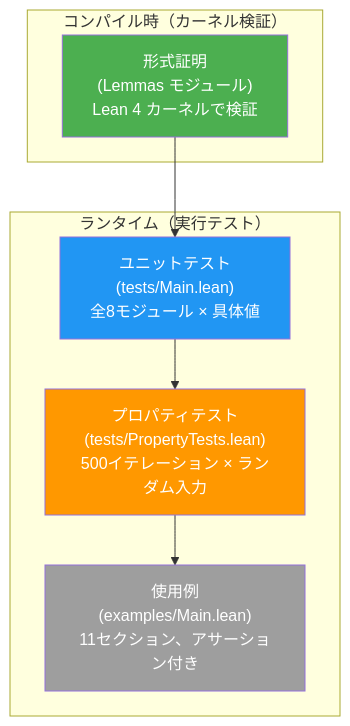
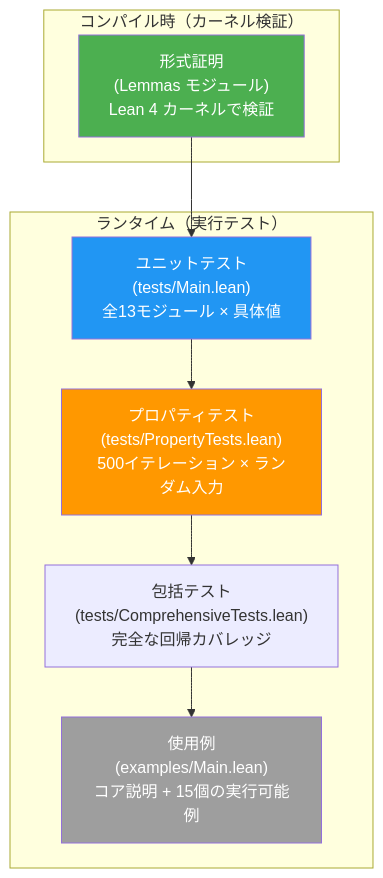
The diagram in docs/ja/development/testing.md (Provenance-Works/Radix), drawn with Mermaid before and after one commit. The commit also changed other lines of this file and 16 other files, not shown here.

````diff
--- a/docs/ja/development/testing.md
+++ b/docs/ja/development/testing.md
@@ -16,18 +17,20 @@
 ```mermaid
 graph TD
     subgraph "コンパイル時（カーネル検証）"
         Proofs["形式証明<br/>(Lemmas モジュール)<br/>Lean 4 カーネルで検証"]
     end
     subgraph "ランタイム（実行テスト）"
-        Unit["ユニットテスト<br/>(tests/Main.lean)<br/>全8モジュール × 具体値"]
+        Unit["ユニットテスト<br/>(tests/Main.lean)<br/>全13モジュール × 具体値"]
         Prop["プロパティテスト<br/>(tests/PropertyTests.lean)<br/>500イテレーション × ランダム入力"]
-        Ex["使用例<br/>(examples/Main.lean)<br/>11セクション、アサーション付き"]
+        Comp["包括テスト<br/>(tests/ComprehensiveTests.lean)<br/>完全な回帰カバレッジ"]
+        Ex["使用例<br/>(examples/Main.lean)<br/>コア説明 + 15個の実行可能例"]
     end
     Proofs --> Unit
     Unit --> Prop
-    Prop --> Ex
+      Prop --> Comp
+      Comp --> Ex
     style Proofs fill:#4CAF50,color:white
     style Unit fill:#2196F3,color:white
     style Prop fill:#FF9800,color:white
     style Ex fill:#9E9E9E,color:white
 ```
````
